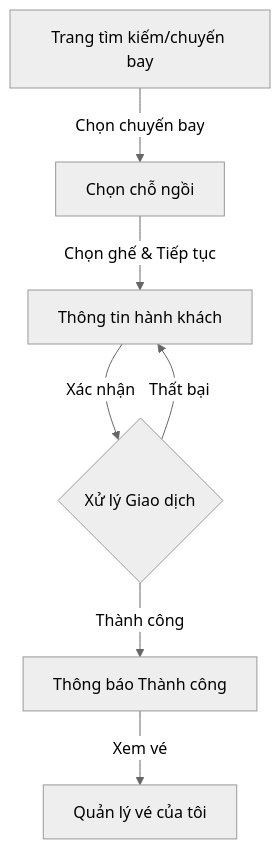
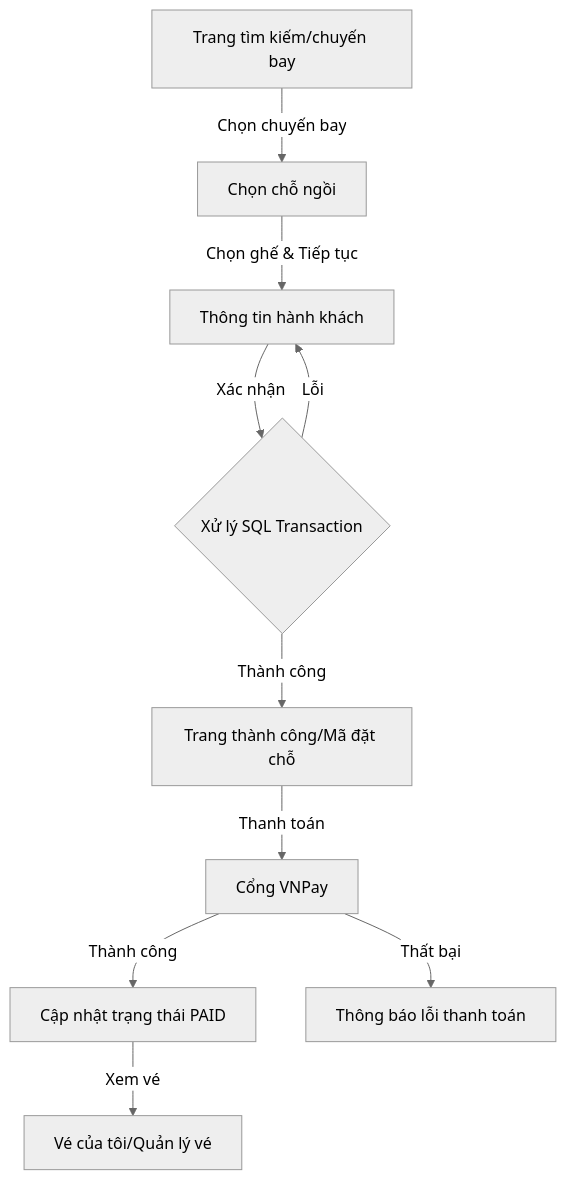
One commit to MEGAPLASTOR/Airline changed the diagram in booking.md. Above: the diagram before and after it, drawn with Mermaid (neutral theme). The commit also changed other lines of this file and 4 other files, not shown here.

````diff
--- a/booking.md
+++ b/booking.md
@@ -7,9 +7,12 @@
 ```mermaid
 graph TD
     A[Trang tìm kiếm/chuyến bay] -->|Chọn chuyến bay| B[Chọn chỗ ngồi]
     B -->|Chọn ghế & Tiếp tục| C[Thông tin hành khách]
-    C -->|Xác nhận| D{Xử lý Giao dịch}
-    D -->|Thành công| E[Thông báo Thành công]
-    D -->|Thất bại| C
-    E -->|Xem vé| F[Quản lý vé của tôi]
+    C -->|Xác nhận| D{Xử lý SQL Transaction}
+    D -->|Lỗi| C
+    D -->|Thành công| E[Trang thành công/Mã đặt chỗ]
+    E -->|Thanh toán| F[Cổng VNPay]
+    F -->|Thành công| G[Cập nhật trạng thái PAID]
+    F -->|Thất bại| H[Thông báo lỗi thanh toán]
+    G -->|Xem vé| I[Vé của tôi/Quản lý vé]
 ```
````
